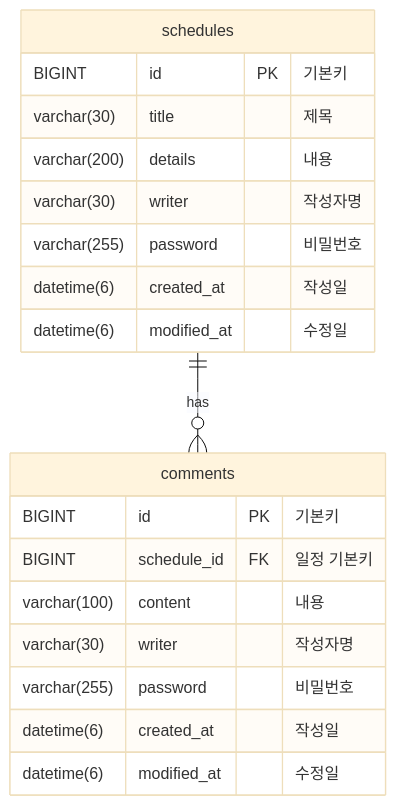
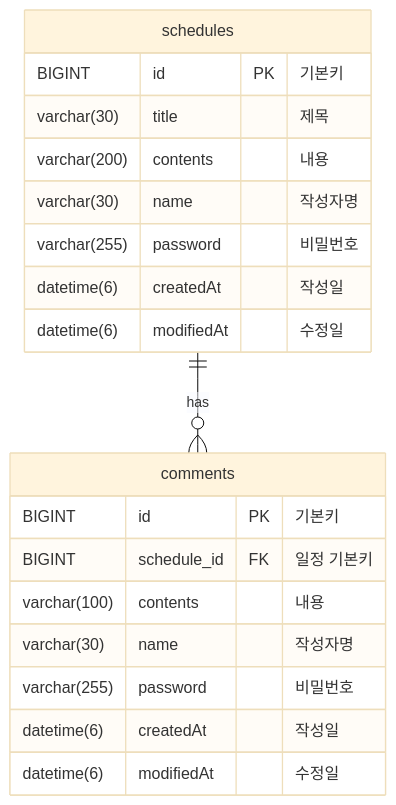
Before and after one commit to ghwjd6767-gif/spartan-scheduler-upgrade: the diagram in README.md, drawn with Mermaid (base theme). The commit also changed other lines of this file, not shown here.

````diff
--- a/README.md
+++ b/README.md
@@ -159,24 +158,24 @@
 ```mermaid
 erDiagram
     schedules ||--o{ comments : has
 
     schedules {
         BIGINT id PK "기본키"
         varchar(30) title "제목"
-        varchar(200) details "내용"
-        varchar(30) writer "작성자명"
+        varchar(200) contents "내용"
+        varchar(30) name "작성자명"
         varchar(255) password "비밀번호"
-        datetime(6) created_at "작성일"
-        datetime(6) modified_at "수정일"
+        datetime(6) createdAt "작성일"
+        datetime(6) modifiedAt "수정일"
     }
 
     comments {
         BIGINT id PK "기본키"
         BIGINT schedule_id FK "일정 기본키" 
-        varchar(100) content "내용"
-        varchar(30) writer "작성자명"
+        varchar(100) contents "내용"
+        varchar(30) name "작성자명"
         varchar(255) password "비밀번호"
-        datetime(6) created_at "작성일"
-        datetime(6) modified_at "수정일"
+        datetime(6) createdAt "작성일"
+        datetime(6) modifiedAt "수정일"
     }
 ```
````
